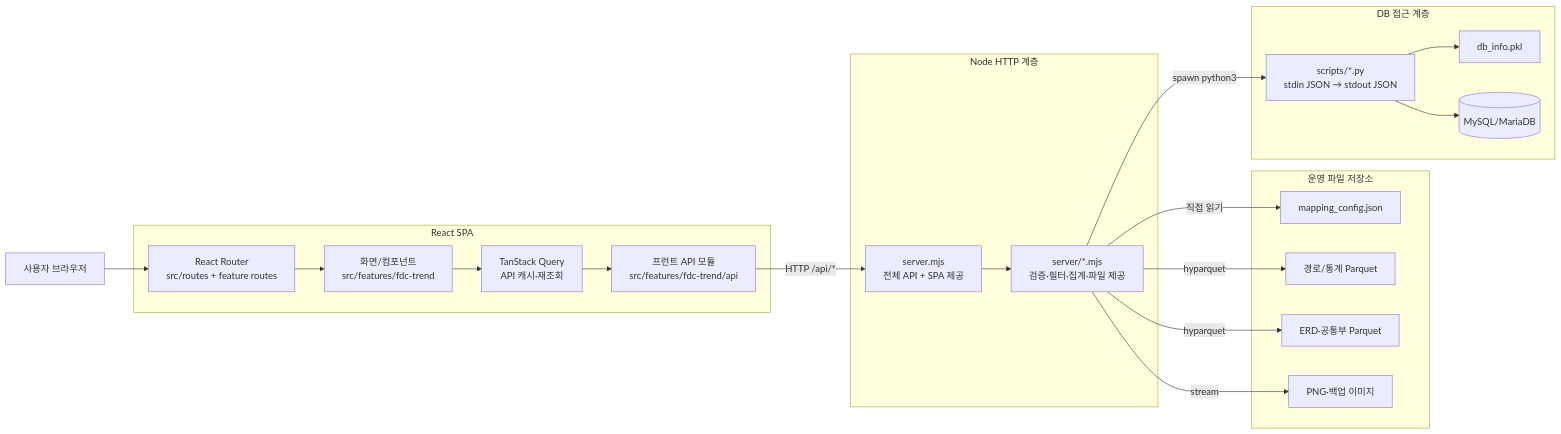
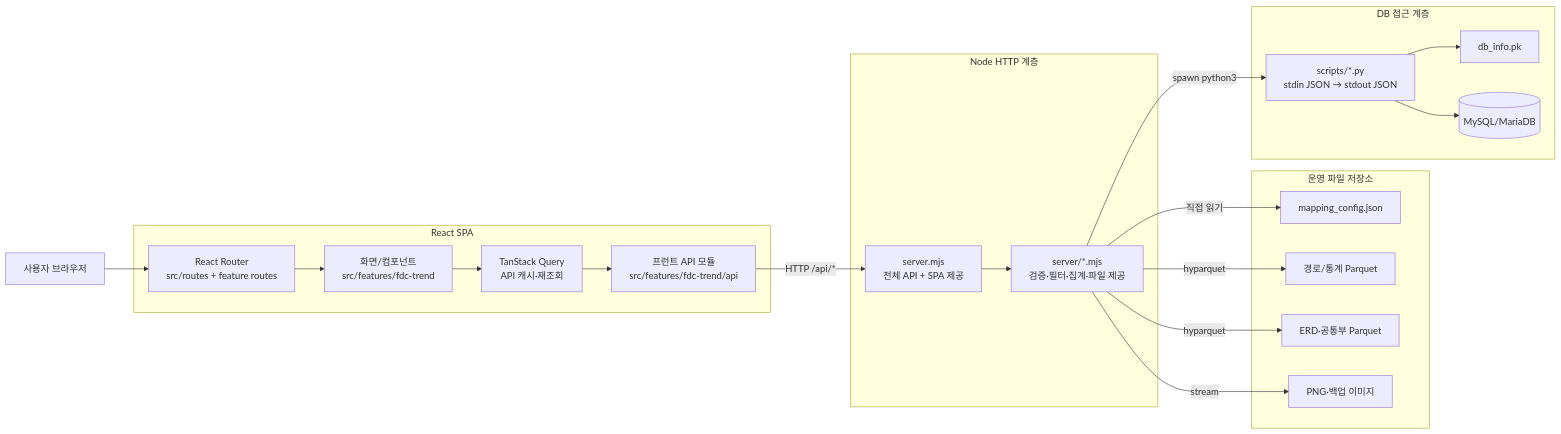
Before and after one commit to mlbarod/l0_spider_scs: the second of 12 diagrams in web_structure.md, drawn with Mermaid. The commit also changed other lines of this file and 31 other files, not shown here.

````diff
--- a/web_structure.md
+++ b/web_structure.md
@@ -85,41 +85,41 @@
 ```mermaid
 flowchart LR
     U["사용자 브라우저"]
 
     subgraph FE["React SPA"]
         ROUTER["React Router<br/>src/routes + feature routes"]
         PAGE["화면/컴포넌트<br/>src/features/fdc-trend"]
         QUERY["TanStack Query<br/>API 캐시·재조회"]
         API["프런트 API 모듈<br/>src/features/fdc-trend/api"]
         ROUTER --> PAGE --> QUERY --> API
     end
 
     subgraph NODE["Node HTTP 계층"]
         ENTRY["server.mjs<br/>전체 API + SPA 제공"]
         HANDLER["server/*.mjs<br/>검증·필터·집계·파일 제공"]
         ENTRY --> HANDLER
     end
 
     subgraph FILES["운영 파일 저장소"]
         MAP["mapping_config.json"]
         PATHS["경로/통계 Parquet"]
         ERD["ERD·공통부 Parquet"]
         IMG["PNG·백업 이미지"]
     end
 
     subgraph DBLAYER["DB 접근 계층"]
         PY["scripts/*.py<br/>stdin JSON → stdout JSON"]
-        CRED["db_info.pkl"]
+        CRED["db_info.pk"]
         MYSQL[("MySQL/MariaDB")]
         PY --> CRED
         PY --> MYSQL
     end
 
     U --> ROUTER
     API -->|HTTP /api/*| ENTRY
     HANDLER -->|직접 읽기| MAP
     HANDLER -->|hyparquet| PATHS
     HANDLER -->|hyparquet| ERD
     HANDLER -->|stream| IMG
     HANDLER -->|spawn python3| PY
 ```
````
